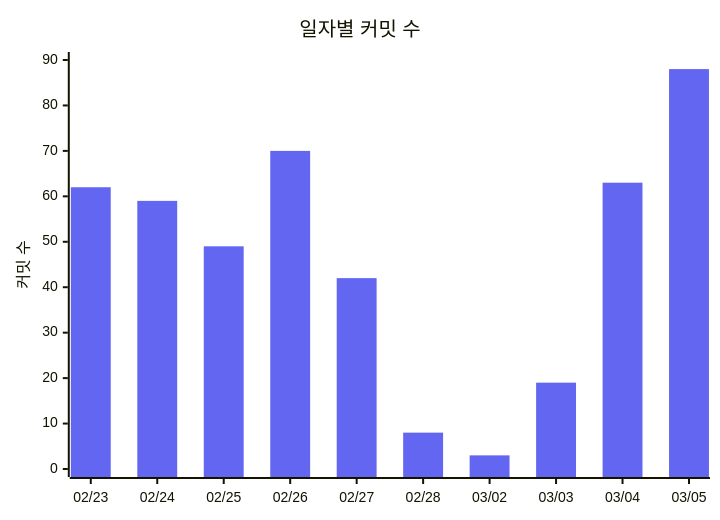
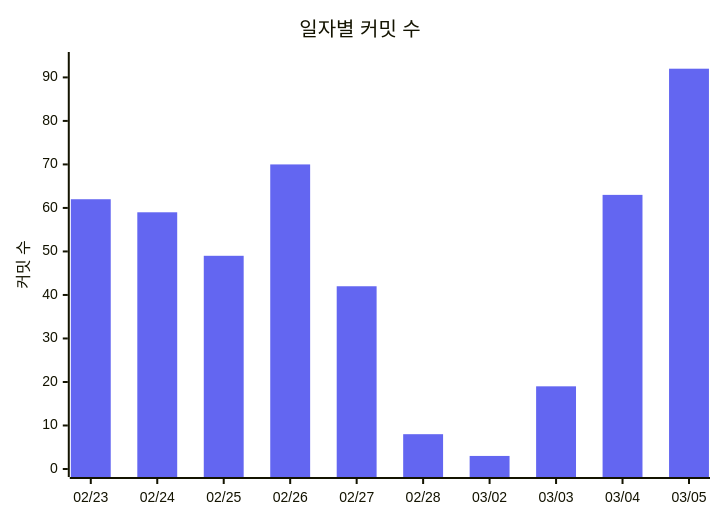
One commit to 3rd-project-team-1/ALYAC-market-team1 changed the fourth of 4 diagrams in README.md. Above: the diagram before and after it, drawn with Mermaid. The commit also changed other lines of this file, not shown here.

Commit message:
docs: 커밋 활동 차트 자동 업데이트 [skip ci]

````diff
--- a/README.md
+++ b/README.md
@@ -452,12 +452,12 @@
 ```mermaid
 %%{init: { 'theme': 'base', 'themeVariables': {
   'xyChart': {
     'plotColorPalette': '#6366f1'
   }
 } } }%%
 xychart-beta
   title "일자별 커밋 수"
   x-axis ["02/23", "02/24", "02/25", "02/26", "02/27", "02/28", "03/02", "03/03", "03/04", "03/05"]
-  y-axis "커밋 수" 0 --> 90
-  bar [62, 59, 49, 70, 42, 8, 3, 19, 63, 88]
+  y-axis "커밋 수" 0 --> 94
+  bar [62, 59, 49, 70, 42, 8, 3, 19, 63, 92]
 ```
````
